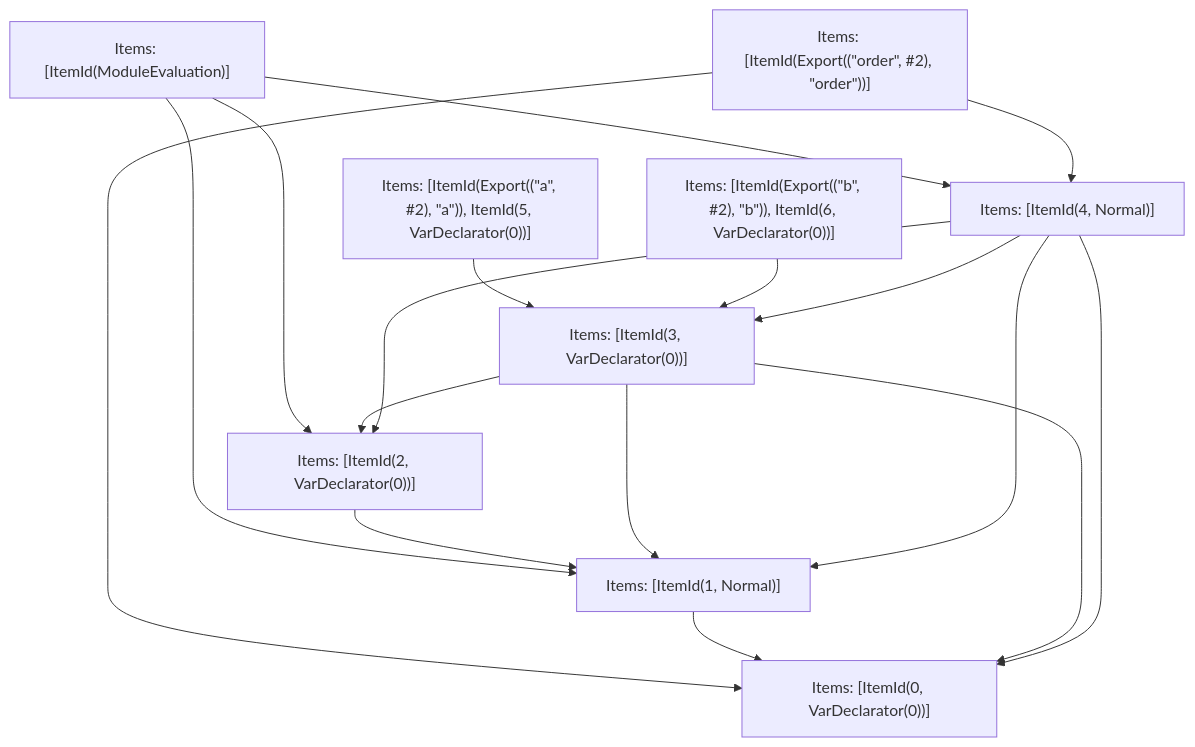
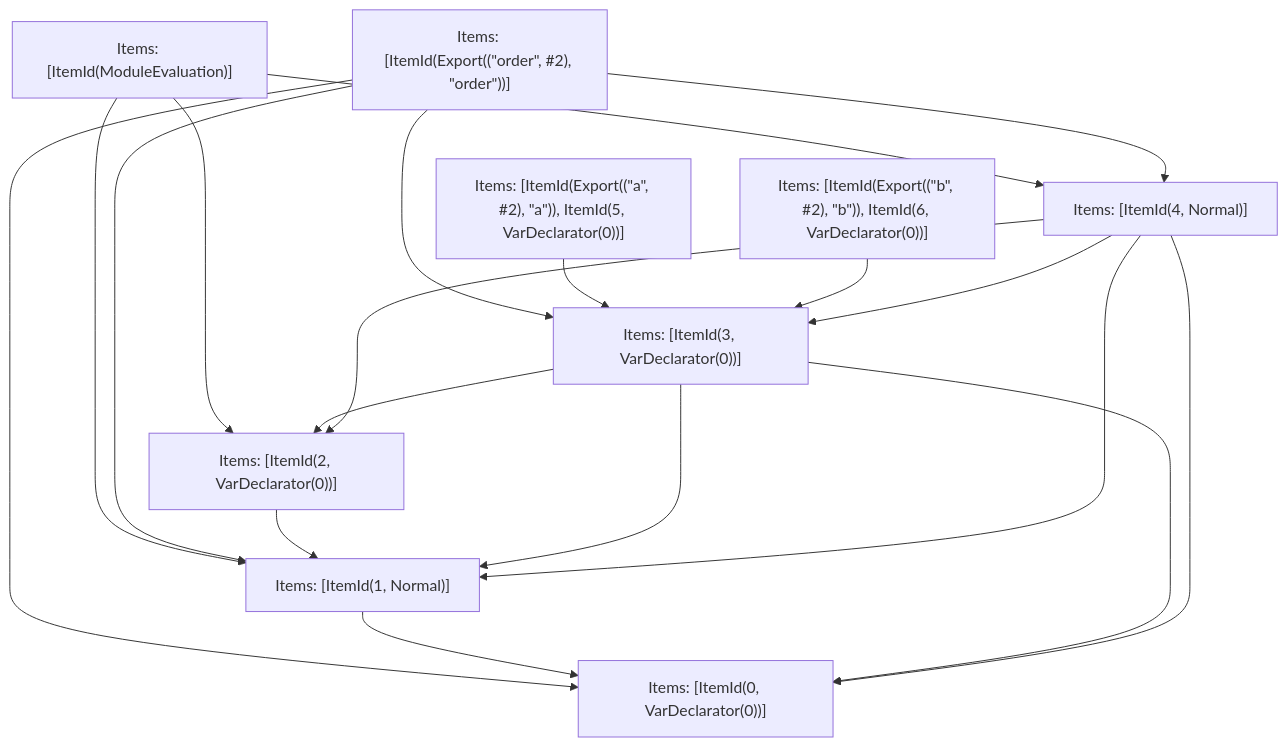
The fifth of 5 diagrams in crates/turbopack-ecmascript/tests/tree-shaker/analyzer/shared-regression/output.md (vercel/turborepo), drawn with Mermaid before and after one commit. The commit also changed other lines of this file and 9 other files, not shown here.

````diff
--- a/crates/turbopack-ecmascript/tests/tree-shaker/analyzer/shared-regression/output.md
+++ b/crates/turbopack-ecmascript/tests/tree-shaker/analyzer/shared-regression/output.md
@@ -215,28 +221,30 @@
 ```mermaid
 graph TD
     N0["Items: [ItemId(ModuleEvaluation)]"];
     N1["Items: [ItemId(Export((&quot;order&quot;, #2), &quot;order&quot;))]"];
     N2["Items: [ItemId(Export((&quot;a&quot;, #2), &quot;a&quot;)), ItemId(5, VarDeclarator(0))]"];
     N3["Items: [ItemId(Export((&quot;b&quot;, #2), &quot;b&quot;)), ItemId(6, VarDeclarator(0))]"];
     N4["Items: [ItemId(0, VarDeclarator(0))]"];
     N5["Items: [ItemId(1, Normal)]"];
     N6["Items: [ItemId(2, VarDeclarator(0))]"];
     N7["Items: [ItemId(3, VarDeclarator(0))]"];
     N8["Items: [ItemId(4, Normal)]"];
     N0 --> N5;
     N0 --> N6;
     N0 --> N8;
+    N1 --> N4;
+    N1 --> N5;
+    N1 --> N7;
     N1 --> N8;
-    N1 --> N4;
     N2 --> N7;
     N3 --> N7;
     N5 --> N4;
     N6 --> N5;
     N7 --> N6;
+    N7 --> N4;
     N7 --> N5;
-    N7 --> N4;
-    N8 --> N7;
     N8 --> N4;
     N8 --> N5;
+    N8 --> N7;
     N8 --> N6;
 ```
````
